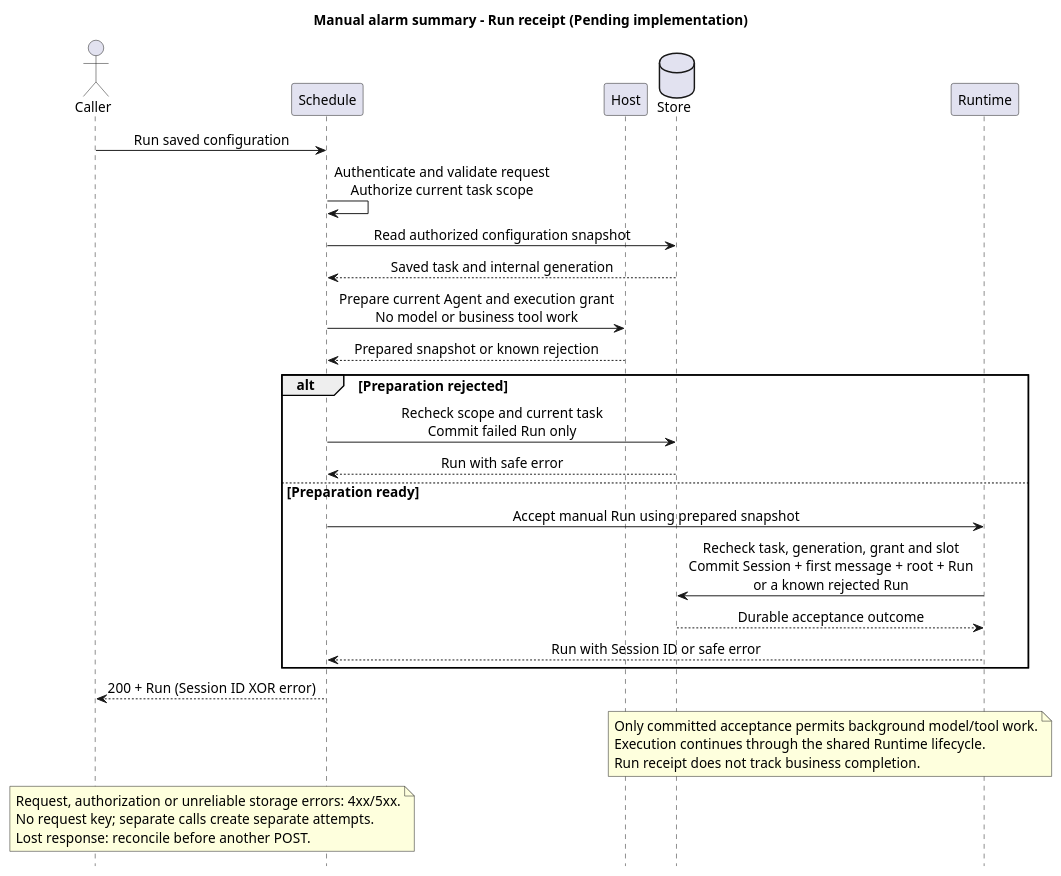
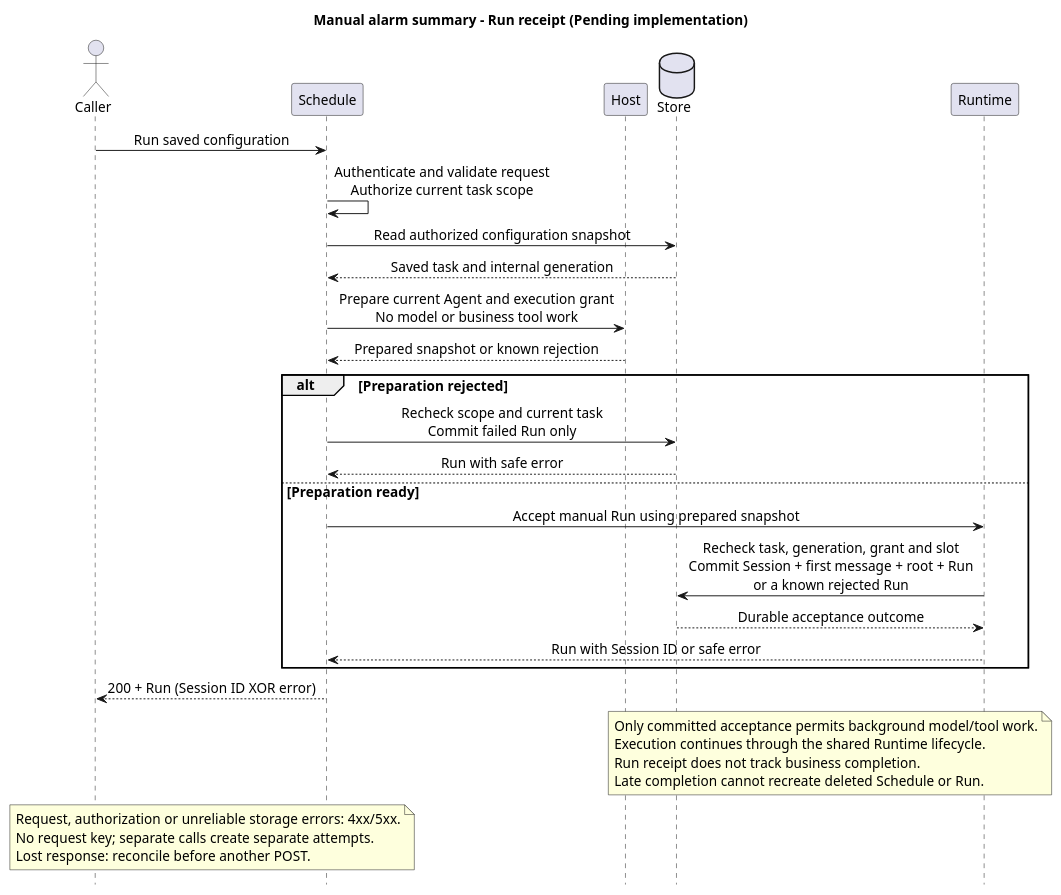
The fourth of 4 diagrams in 01-总体架构/08-CampusClaw定时任务/diagram.puml (ssm0808/pi-mono-java-design), drawn with PlantUML before and after one commit. The commit also changed other lines of this file and 10 other files, not shown here.

```diff
--- a/01-总体架构/08-CampusClaw定时任务/diagram.puml
+++ b/01-总体架构/08-CampusClaw定时任务/diagram.puml
@@ -165,46 +172,47 @@
 @startuml schedule_manual_run
 ' Target: Pending implementation; manual alarm summary from request to Run response.
 ' Baseline: Claude deployments/run and deployment_runs, checked 2026-10-05, Beta.
 ' Java baseline: 553dcd5e2ff682f9684810a043b442b37a02e54a, main, fetched 2026-10-05.
 ' Source: modules/cron/src/main/java/com/campusclaw/cron/engine/CronEngine.java triggerJob.
 ' Source: modules/coding-agent-cli/src/main/java/com/campusclaw/codingagent/tool/cron/ManagedCronSessionRunner.java execute.
 ' Source: modules/coding-agent-cli/src/main/java/com/campusclaw/codingagent/runtimeapi/persistence/RuntimeExecutionPersistenceService.java acceptMessage.
 ' Design reason: return a durable acceptance outcome without waiting for model completion.
 ' Architecture change: manual and automatic entries share admission, not legacy prompt.join().
 title Manual alarm summary - Run receipt (Pending implementation)
 hide footbox
 skinparam backgroundColor white
 skinparam defaultFontSize 14
 skinparam sequenceMessageAlign center
 actor Caller
 participant Schedule
 participant Host
 database Store
 participant Runtime
 Caller -> Schedule : Run saved configuration
 Schedule -> Schedule : Authenticate and validate request\nAuthorize current task scope
 Schedule -> Store : Read authorized configuration snapshot
 Store --> Schedule : Saved task and internal generation
 Schedule -> Host : Prepare current Agent and execution grant\nNo model or business tool work
 Host --> Schedule : Prepared snapshot or known rejection
 alt Preparation rejected
   Schedule -> Store : Recheck scope and current task\nCommit failed Run only
   Store --> Schedule : Run with safe error
 else Preparation ready
   Schedule -> Runtime : Accept manual Run using prepared snapshot
   Runtime -> Store : Recheck task, generation, grant and slot\nCommit Session + first message + root + Run\nor a known rejected Run
   Store --> Runtime : Durable acceptance outcome
   Runtime --> Schedule : Run with Session ID or safe error
 end
 Schedule --> Caller : 200 + Run (Session ID XOR error)
 note over Store, Runtime
   Only committed acceptance permits background model/tool work.
   Execution continues through the shared Runtime lifecycle.
   Run receipt does not track business completion.
+  Late completion cannot recreate deleted Schedule or Run.
 end note
 note over Caller, Schedule
   Request, authorization or unreliable storage errors: 4xx/5xx.
   No request key; separate calls create separate attempts.
   Lost response: reconcile before another POST.
 end note
 @enduml
```
